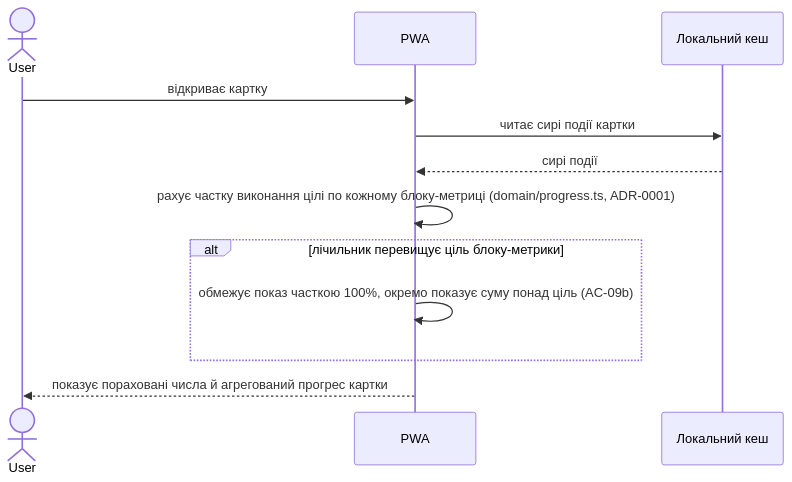
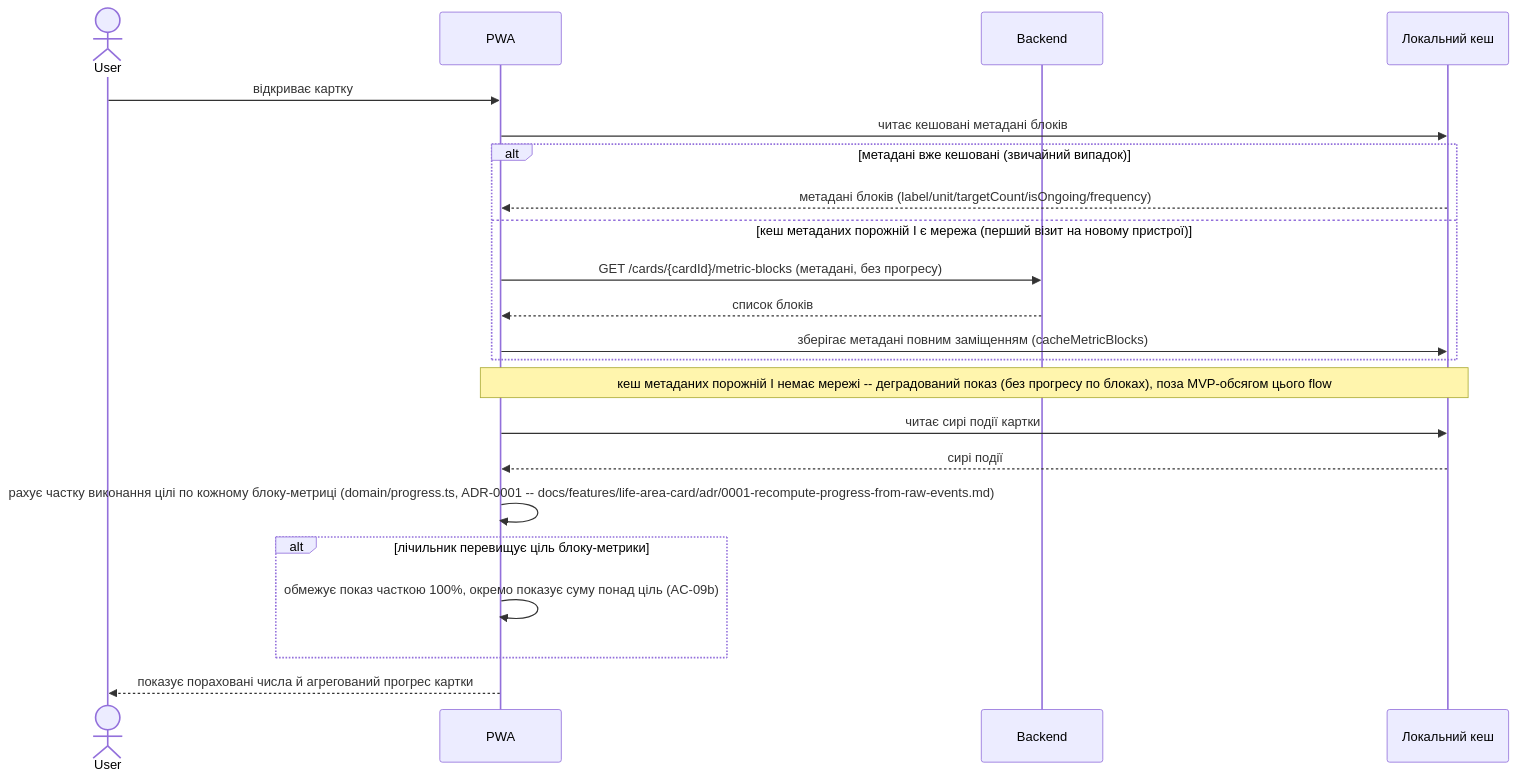
One commit to danyllukandrey-cloud/claude-workspace changed the sixth of 17 diagrams in docs/features/life-area-card/sad.md. Above: the diagram before and after it, drawn with Mermaid. The commit also changed other lines of this file and 11 other files, not shown here.

````diff
--- a/docs/features/life-area-card/sad.md
+++ b/docs/features/life-area-card/sad.md
@@ -219,15 +221,25 @@
 ```mermaid
 sequenceDiagram
     actor User
     participant PWA
+    participant Backend
     participant Cache as Локальний кеш
 
     User->>PWA: відкриває картку
+    PWA->>Cache: читає кешовані метадані блоків
+    alt метадані вже кешовані (звичайний випадок)
+        Cache-->>PWA: метадані блоків (label/unit/targetCount/isOngoing/frequency)
+    else кеш метаданих порожній І є мережа (перший візит на новому пристрої)
+        PWA->>Backend: GET /cards/{cardId}/metric-blocks (метадані, без прогресу)
+        Backend-->>PWA: список блоків
+        PWA->>Cache: зберігає метадані повним заміщенням (cacheMetricBlocks)
+    end
+    Note over PWA,Cache: кеш метаданих порожній І немає мережі -- деградований показ (без прогресу по блоках), поза MVP-обсягом цього flow
     PWA->>Cache: читає сирі події картки
     Cache-->>PWA: сирі події
-    PWA->>PWA: рахує частку виконання цілі по кожному блоку-метриці (domain/progress.ts, ADR-0001)
+    PWA->>PWA: рахує частку виконання цілі по кожному блоку-метриці (domain/progress.ts, ADR-0001 -- docs/features/life-area-card/adr/0001-recompute-progress-from-raw-events.md)
     alt лічильник перевищує ціль блоку-метрики
         PWA->>PWA: обмежує показ часткою 100%, окремо показує суму понад ціль (AC-09b)
     end
     PWA-->>User: показує пораховані числа й агрегований прогрес картки
 ```
````
